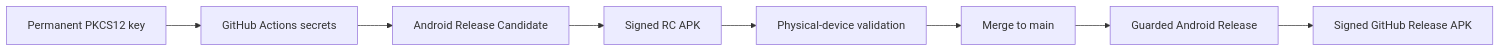
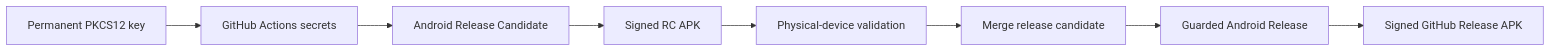
The second of 2 diagrams in README.md (DantyDCook/CareerOpsShare-Android), drawn with Mermaid before and after one commit. The commit also changed other lines of this file, not shown here.

````diff
--- a/README.md
+++ b/README.md
@@ -69,10 +69,10 @@
 ```mermaid
 flowchart LR
     A[Permanent PKCS12 key] --> B[GitHub Actions secrets]
     B --> C[Android Release Candidate]
     C --> D[Signed RC APK]
     D --> E[Physical-device validation]
-    E --> F[Merge to main]
+    E --> F[Merge release candidate]
     F --> G[Guarded Android Release]
     G --> H[Signed GitHub Release APK]
 ```
````
